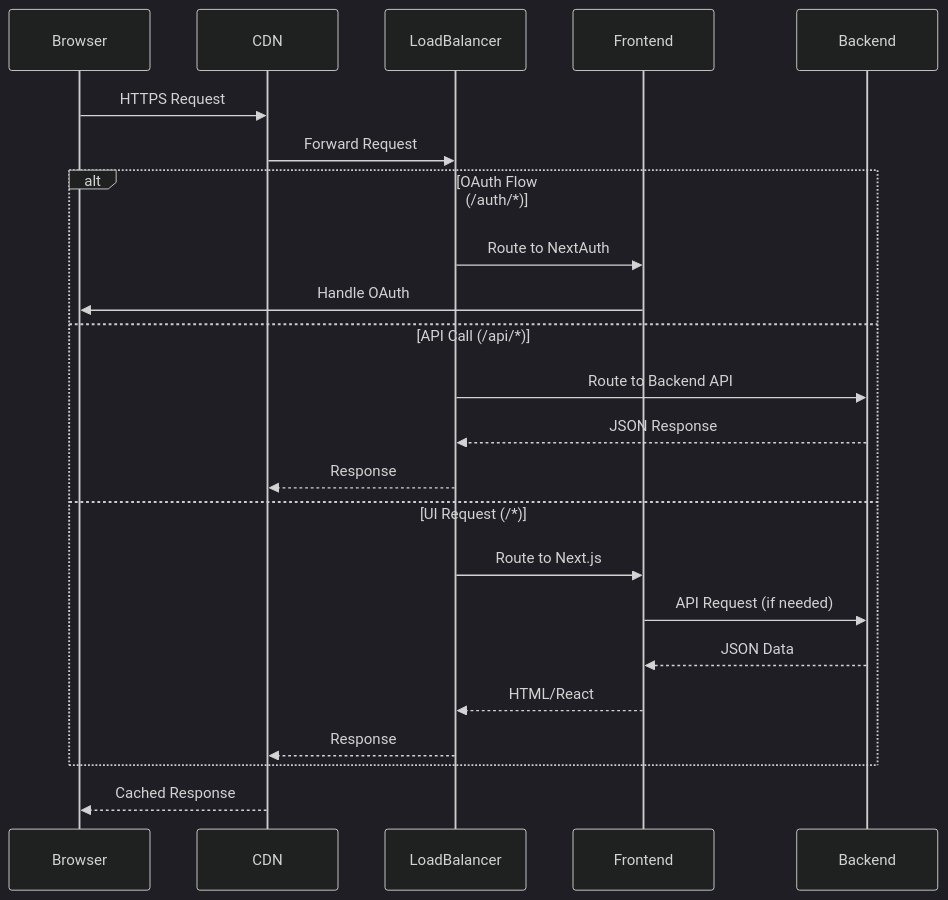
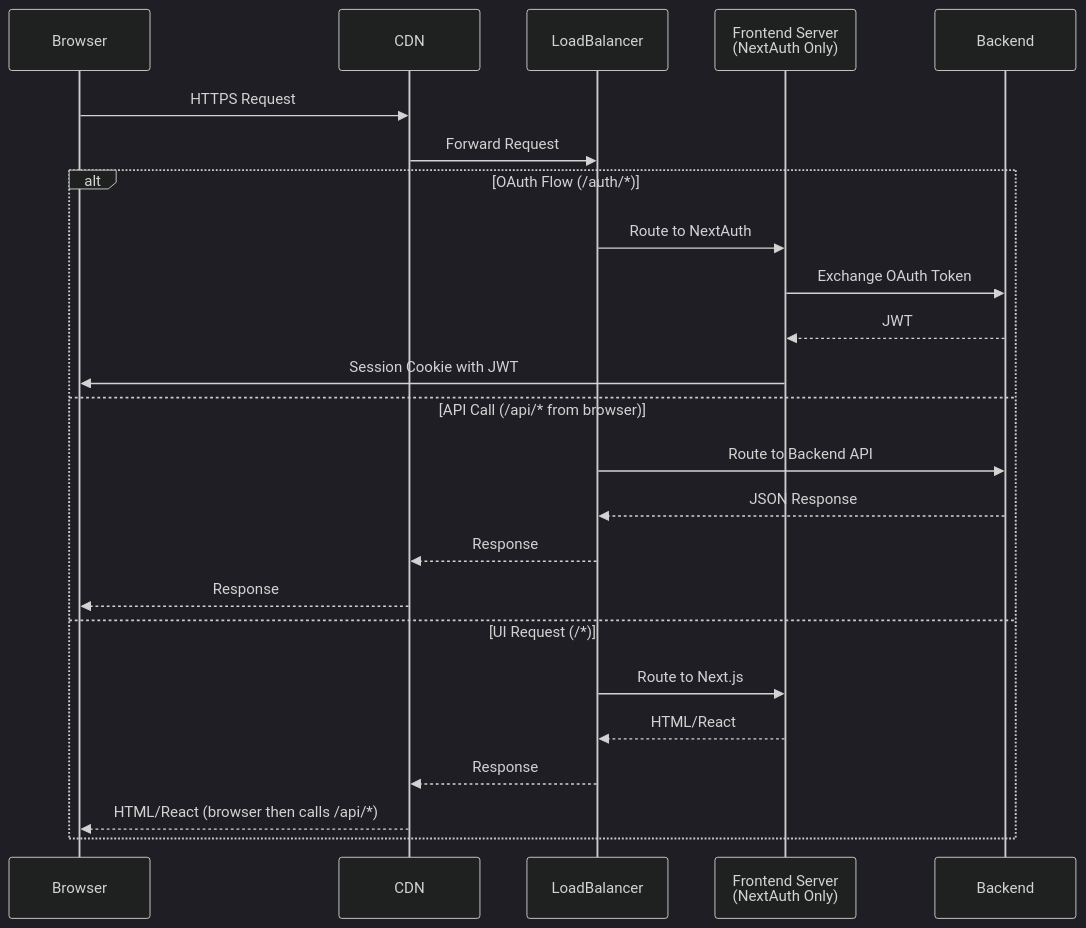
Before and after one commit to The-AI-Alliance/semiont: the diagram in apps/frontend/docs/ARCHITECTURE.md, drawn with Mermaid (dark theme). The commit also changed other lines of this file and 7 other files, not shown here.

````diff
--- a/apps/frontend/docs/ARCHITECTURE.md
+++ b/apps/frontend/docs/ARCHITECTURE.md
@@ -55,28 +55,28 @@
 ```mermaid
 sequenceDiagram
     participant Browser
     participant CDN
     participant LoadBalancer
-    participant Frontend
+    participant FrontendServer as Frontend Server<br/>(NextAuth Only)
     participant Backend
 
     Browser->>CDN: HTTPS Request
     CDN->>LoadBalancer: Forward Request
 
     alt OAuth Flow (/auth/*)
-        LoadBalancer->>Frontend: Route to NextAuth
-        Frontend->>Browser: Handle OAuth
-    else API Call (/api/*)
+        LoadBalancer->>FrontendServer: Route to NextAuth
+        FrontendServer->>Backend: Exchange OAuth Token
+        Backend-->>FrontendServer: JWT
+        FrontendServer->>Browser: Session Cookie with JWT
+    else API Call (/api/* from browser)
         LoadBalancer->>Backend: Route to Backend API
         Backend-->>LoadBalancer: JSON Response
         LoadBalancer-->>CDN: Response
+        CDN-->>Browser: Response
     else UI Request (/*)
-        LoadBalancer->>Frontend: Route to Next.js
-        Frontend->>Backend: API Request (if needed)
-        Backend-->>Frontend: JSON Data
-        Frontend-->>LoadBalancer: HTML/React
+        LoadBalancer->>FrontendServer: Route to Next.js
+        FrontendServer-->>LoadBalancer: HTML/React
         LoadBalancer-->>CDN: Response
+        CDN-->>Browser: HTML/React (browser then calls /api/*)
     end
-
-    CDN-->>Browser: Cached Response
 ```
````
